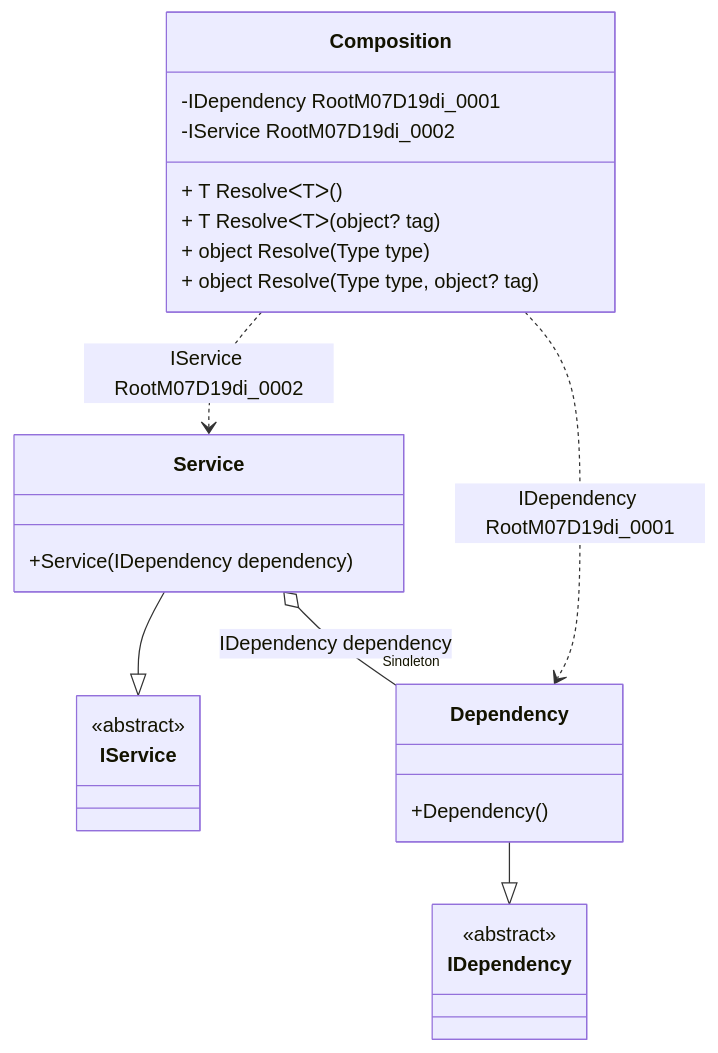
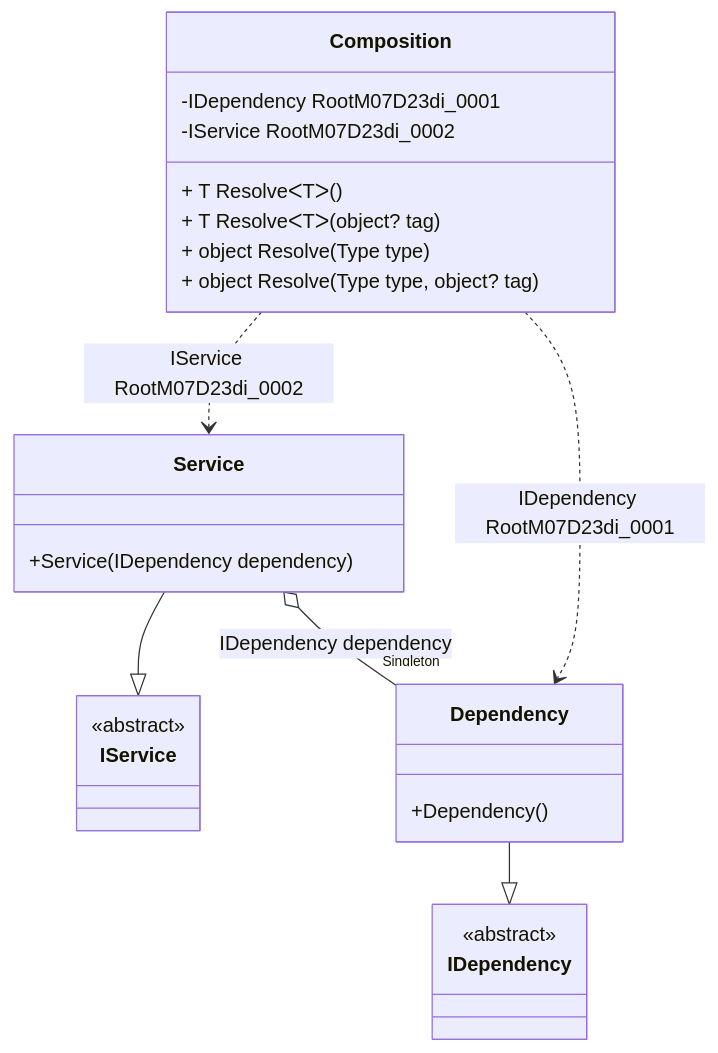
Before and after one commit to DevTeam/Pure.DI: the diagram in readme/service-collection.md, drawn with Mermaid. The commit also changed other lines of this file and 55 other files, not shown here.

````diff
--- a/readme/service-collection.md
+++ b/readme/service-collection.md
@@ -75,28 +75,28 @@
 ```mermaid
 classDiagram
   class Composition {
-    -IDependency RootM07D19di_0001
-    -IService RootM07D19di_0002
+    -IDependency RootM07D23di_0001
+    -IService RootM07D23di_0002
     + T ResolveᐸTᐳ()
     + T ResolveᐸTᐳ(object? tag)
     + object Resolve(Type type)
     + object Resolve(Type type, object? tag)
   }
   Service --|> IService : 
   class Service {
     +Service(IDependency dependency)
   }
   Dependency --|> IDependency : 
   class Dependency {
     +Dependency()
   }
   class IService {
     <<abstract>>
   }
   class IDependency {
     <<abstract>>
   }
   Service o--  "Singleton" Dependency : IDependency dependency
-  Composition ..> Dependency : IDependency RootM07D19di_0001
-  Composition ..> Service : IService RootM07D19di_0002
+  Composition ..> Dependency : IDependency RootM07D23di_0001
+  Composition ..> Service : IService RootM07D23di_0002
 ```
````
